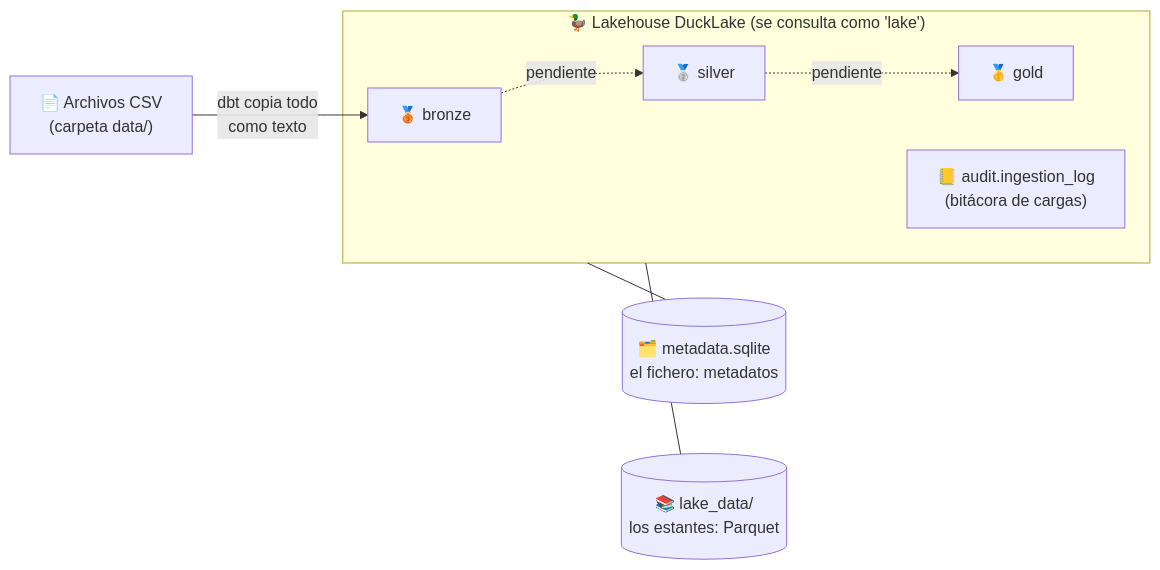
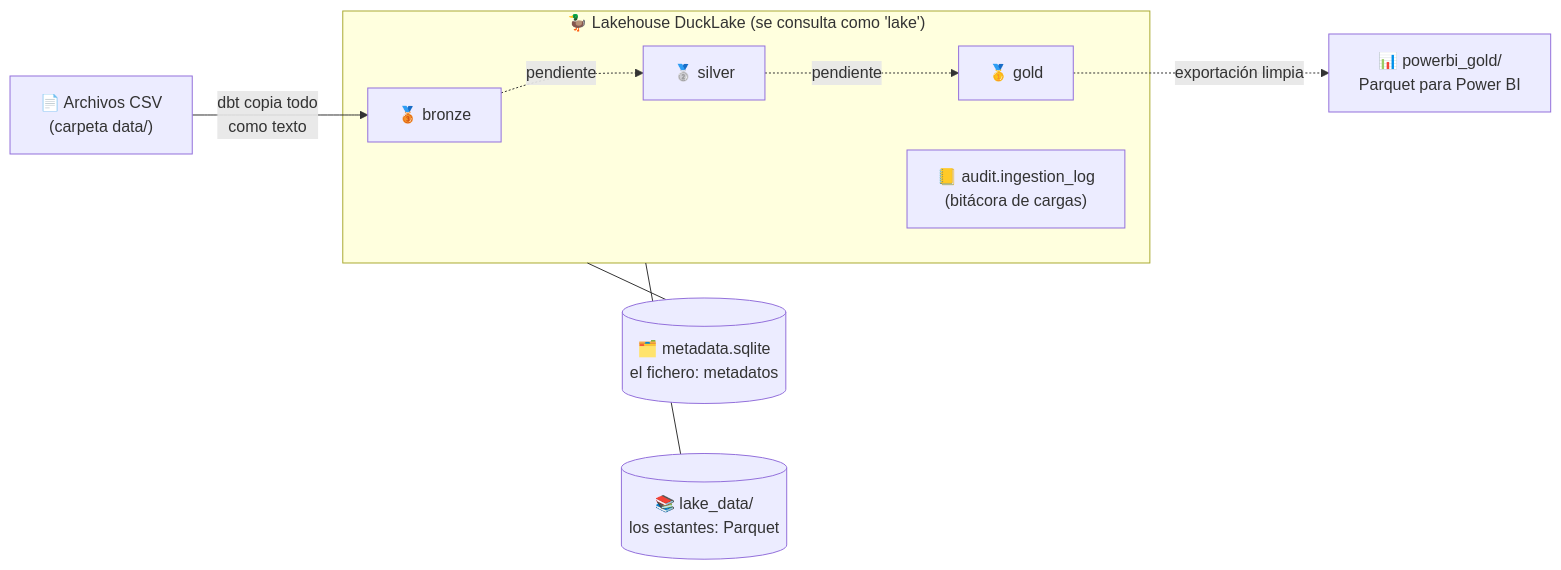
The first of 2 diagrams in README.md (dataeng-dev/Data_Architecture), drawn with Mermaid before and after one commit. The commit also changed other lines of this file and 1 other file, not shown here.

````diff
--- a/README.md
+++ b/README.md
@@ -114,14 +114,15 @@
 ```mermaid
 flowchart LR
   CSV["📄 Archivos CSV<br/>(carpeta data/)"] -->|"dbt copia todo<br/>como texto"| B["🥉 bronze"]
   B -.->|"pendiente"| S["🥈 silver"]
   S -.->|"pendiente"| G["🥇 gold"]
+  G -.->|"exportación limpia"| BI["📊 powerbi_gold/<br/>Parquet para Power BI"]
   subgraph DuckLake["🦆 Lakehouse DuckLake (se consulta como 'lake')"]
     B
     S
     G
     A["📒 audit.ingestion_log<br/>(bitácora de cargas)"]
   end
   DuckLake --- M[("🗂️ metadata.sqlite<br/>el fichero: metadatos")]
   DuckLake --- P[("📚 lake_data/<br/>los estantes: Parquet")]
 ```
````
